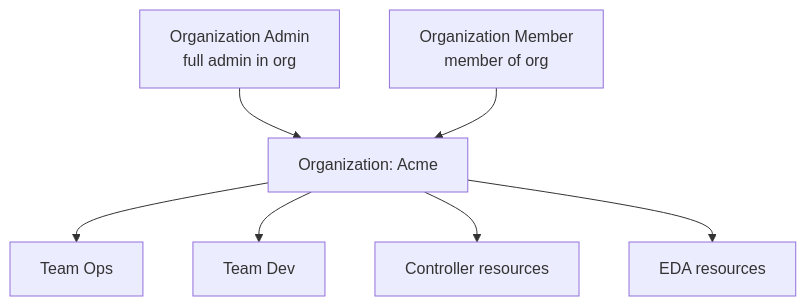
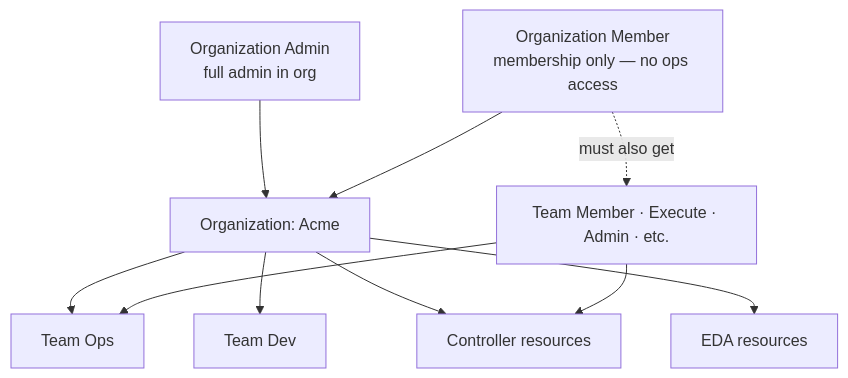
Before and after one commit to lennysh/aap-rbac-notes: the sixth of 9 diagrams in AAP-RBAC-GUIDE.md, drawn with Mermaid. The commit also changed other lines of this file and 2 other files, not shown here.

Commit message:
add org member notes per @rh-raustin

````diff
--- a/AAP-RBAC-GUIDE.md
+++ b/AAP-RBAC-GUIDE.md
@@ -196,15 +199,19 @@
 ```mermaid
 flowchart TB
     Org[Organization: Acme]
 
     OA[Organization Admin<br/>full admin in org]
-    OM[Organization Member<br/>member of org]
+    OM[Organization Member<br/>membership only — no ops access]
 
     OA --> Org
     OM --> Org
 
     Org --> T1[Team Ops]
     Org --> T2[Team Dev]
     Org --> R1[Controller resources]
     Org --> R2[EDA resources]
+
+    OM -.->|must also get| Extra[Team Member · Execute · Admin · etc.]
+    Extra --> T1
+    Extra --> R1
 ```
````
